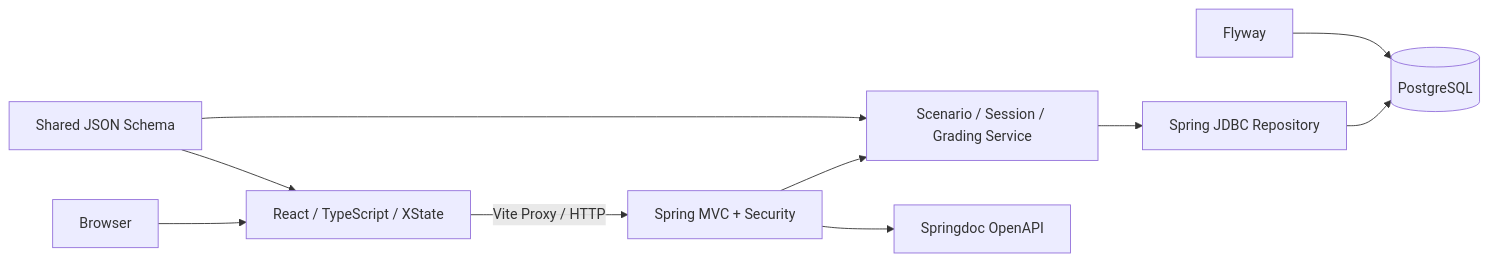
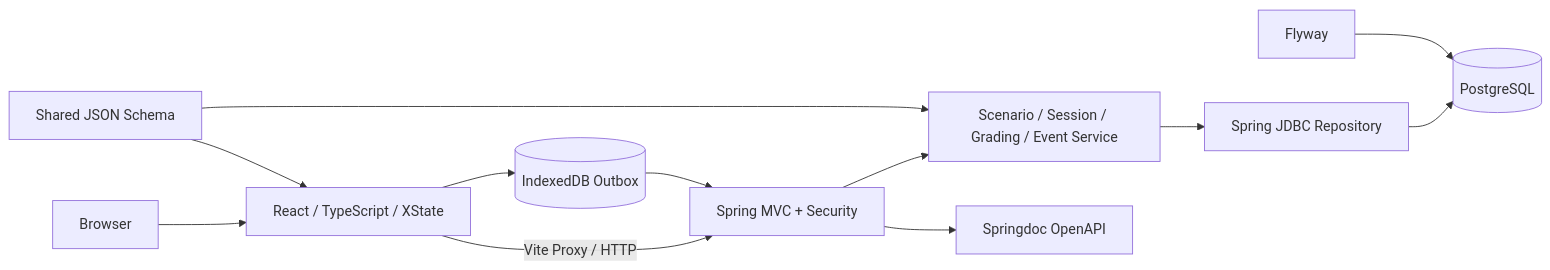
The fourth of 5 diagrams in README.md (ElephantAnthony/kiosk-web), drawn with Mermaid before and after one commit. The commit also changed other lines of this file and 10 other files, not shown here.

````diff
--- a/README.md
+++ b/README.md
@@ -126,12 +144,14 @@
 ```mermaid
 flowchart LR
     B[Browser] --> F[React / TypeScript / XState]
     F -->|Vite Proxy / HTTP| C[Spring MVC + Security]
-    C --> S[Scenario / Session / Grading Service]
+    C --> S[Scenario / Session / Grading / Event Service]
     S --> R[Spring JDBC Repository]
     R --> P[(PostgreSQL)]
+    F --> I[(IndexedDB Outbox)]
+    I --> C
     J[Shared JSON Schema] --> F
     J --> S
     M[Flyway] --> P
     C --> O[Springdoc OpenAPI]
 ```
````
